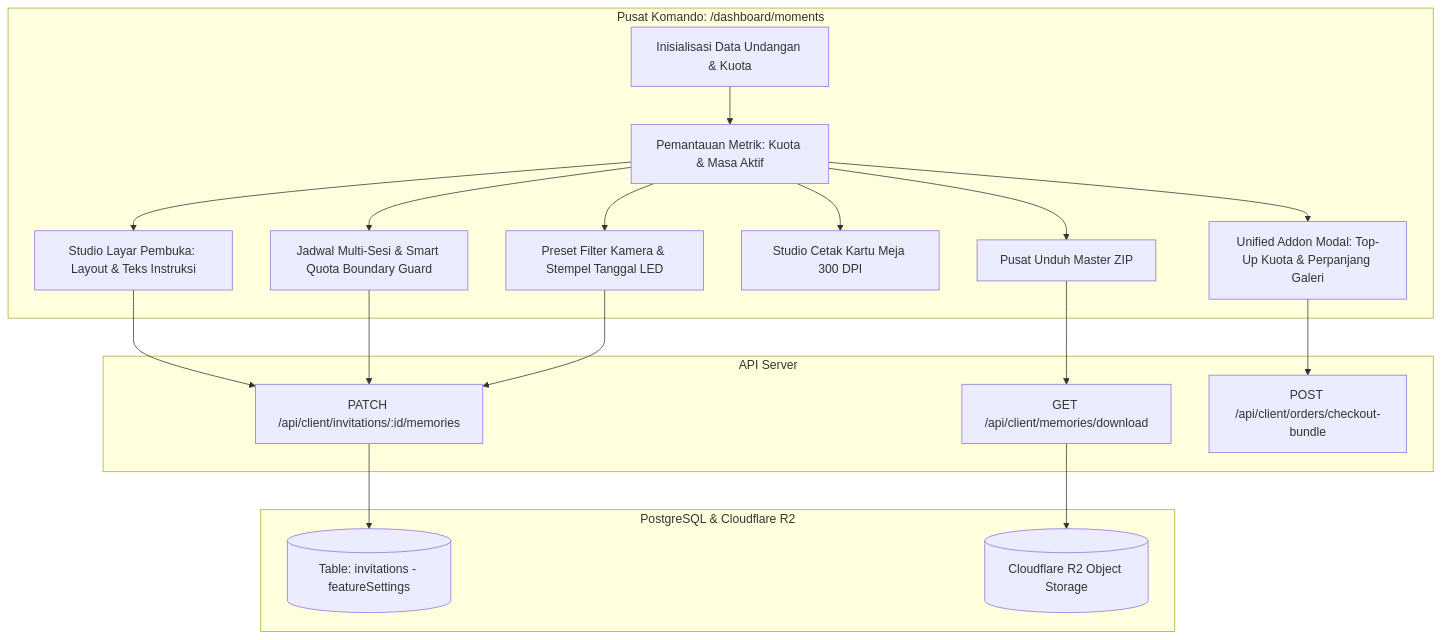
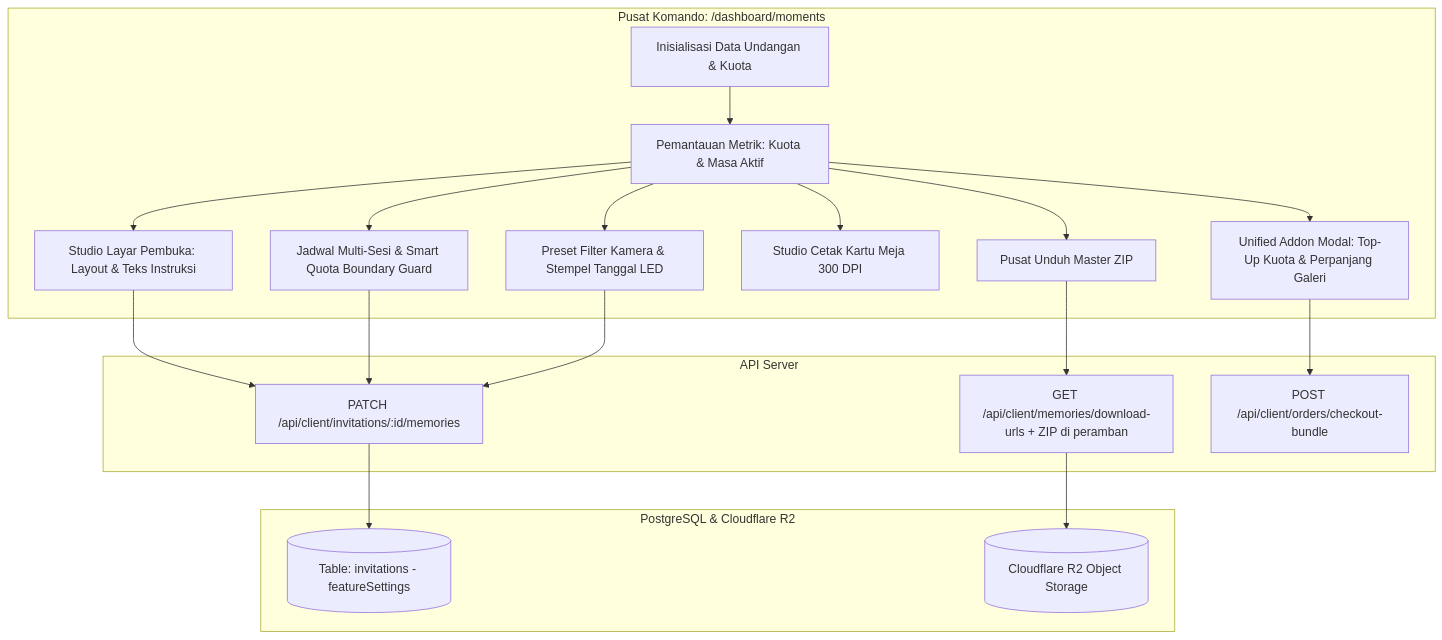
One commit to armansyam/luxenary-invite changed the diagram in docs/client/TAHAP_GUEST_MOMENTS_DAN_MEMORIES.md. Above: the diagram before and after it, drawn with Mermaid. The commit also changed other lines of this file and 50 other files, not shown here.

````diff
--- a/docs/client/TAHAP_GUEST_MOMENTS_DAN_MEMORIES.md
+++ b/docs/client/TAHAP_GUEST_MOMENTS_DAN_MEMORIES.md
@@ -12,23 +12,23 @@
 ```mermaid
 flowchart TD
     subgraph DashboardKlien [Pusat Komando: /dashboard/moments]
         A[Inisialisasi Data Undangan & Kuota] --> B[Pemantauan Metrik: Kuota & Masa Aktif]
         B --> C[Studio Layar Pembuka: Layout & Teks Instruksi]
         B --> D[Jadwal Multi-Sesi & Smart Quota Boundary Guard]
         B --> E[Preset Filter Kamera & Stempel Tanggal LED]
         B --> F[Studio Cetak Kartu Meja 300 DPI]
         B --> G[Pusat Unduh Master ZIP]
         B --> H[Unified Addon Modal: Top-Up Kuota & Perpanjang Galeri]
     end
 
     subgraph BackendGateway [API Server]
         C & D & E --> I[PATCH /api/client/invitations/:id/memories]
-        G --> J[GET /api/client/memories/download]
+        G --> J[GET /api/client/memories/download-urls + ZIP di peramban]
         H --> K[POST /api/client/orders/checkout-bundle]
     end
 
     subgraph DatabaseStorage [PostgreSQL & Cloudflare R2]
         I --> L[(Table: invitations - featureSettings)]
         J --> M[(Cloudflare R2 Object Storage)]
     end
 ```
````
